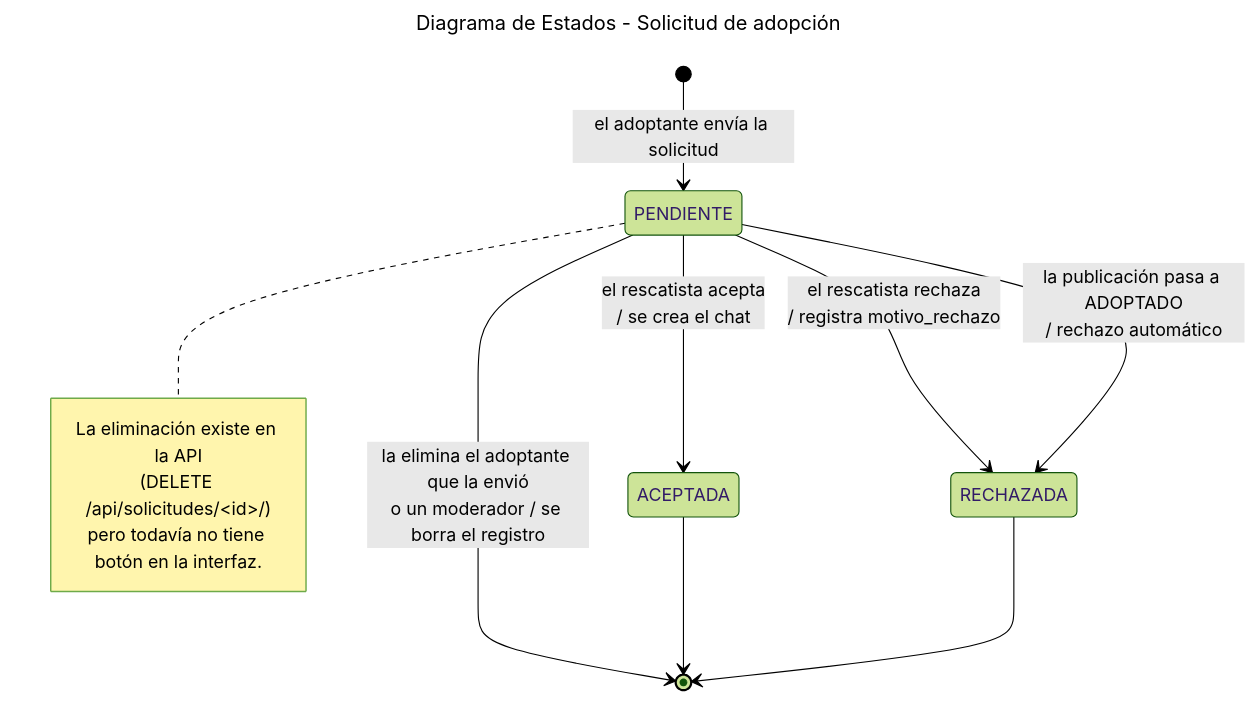
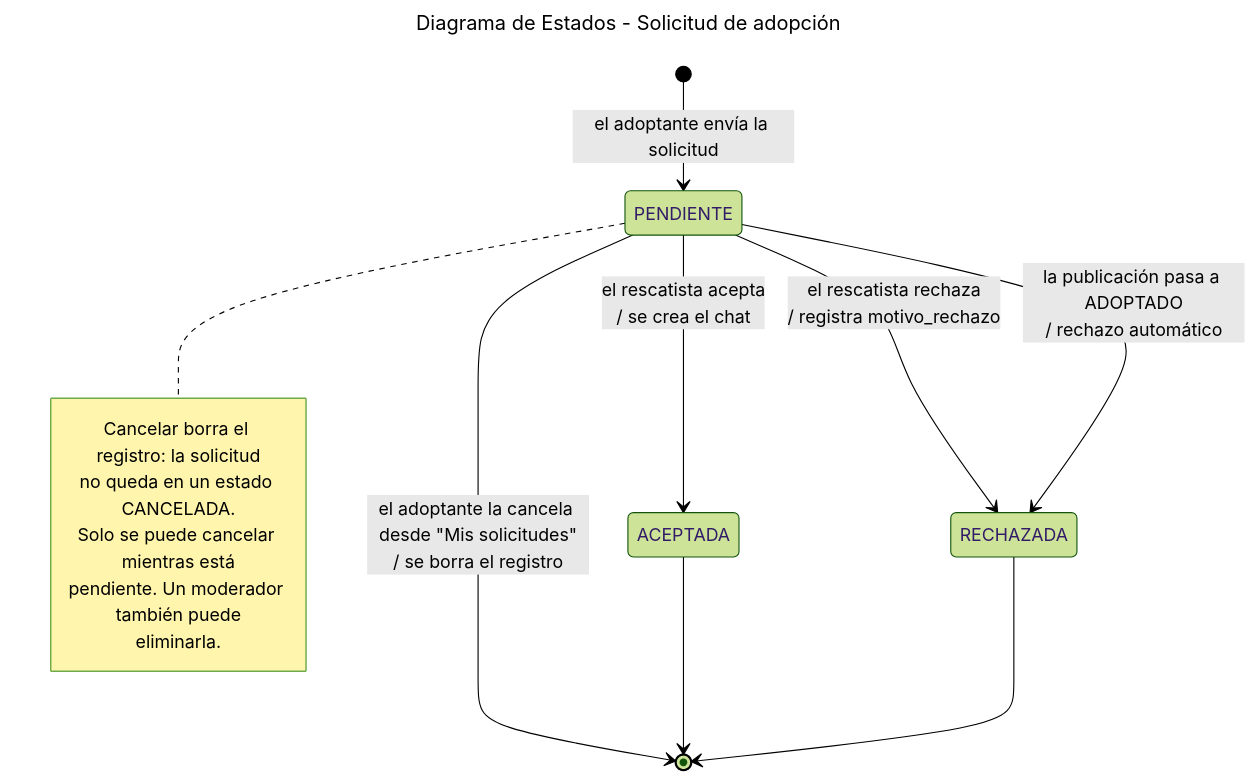
One commit to JavierAlbertoBenitez/proyectoDDSAdoptMeGrupo15 changed the diagram in documentacion/fuentes-diagramas/solicitud.mmd. Above: the diagram before and after it, drawn with Mermaid (forest theme). The commit also changed 7 other files, not shown here.

Commit message:
Documentacion actualizada: diagramas, CU26 y cancelación de solicitud

```diff
--- a/documentacion/fuentes-diagramas/solicitud.mmd
+++ b/documentacion/fuentes-diagramas/solicitud.mmd
@@ -1,16 +1,18 @@
 ---
 title: "Diagrama de Estados - Solicitud de adopción"
 ---
 stateDiagram-v2
     [*] --> PENDIENTE : el adoptante envía la solicitud
     PENDIENTE --> ACEPTADA : el rescatista acepta<br/>/ se crea el chat
     PENDIENTE --> RECHAZADA : el rescatista rechaza<br/>/ registra motivo_rechazo
     PENDIENTE --> RECHAZADA : la publicación pasa a ADOPTADO<br/>/ rechazo automático
-    PENDIENTE --> [*] : la elimina el adoptante que la envió<br/>o un moderador / se borra el registro
+    PENDIENTE --> [*] : el adoptante la cancela desde "Mis solicitudes"<br/>/ se borra el registro
     ACEPTADA --> [*]
     RECHAZADA --> [*]
     note right of PENDIENTE
-        La eliminación existe en la API
-        (DELETE /api/solicitudes/&lt;id&gt;/)
-        pero todavía no tiene botón en la interfaz.
+        Cancelar borra el registro: la solicitud
+        no queda en un estado CANCELADA.
+        Solo se puede cancelar mientras está
+        pendiente. Un moderador también puede
+        eliminarla.
     end note
```
